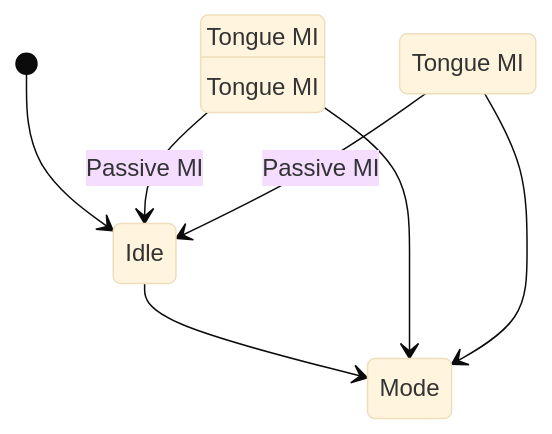
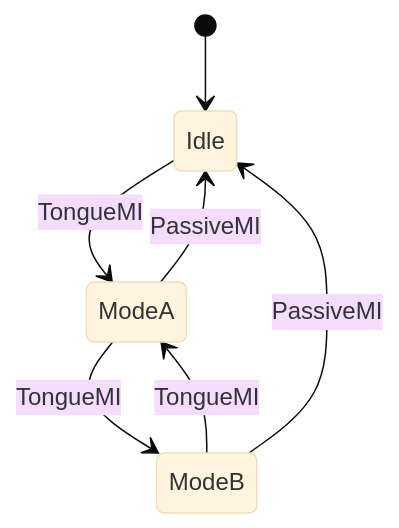
Before and after one commit to ChawinOph/cv-chawin-ophaswongse: the second of 2 diagrams in content/project/motor_imagery_control_of_robot_arm/index.md, drawn with Mermaid (base theme). The commit also changed other lines of this file and 1 other file, not shown here.

Commit message:
move gui to assets/media

````diff
--- a/content/project/motor_imagery_control_of_robot_arm/index.md
+++ b/content/project/motor_imagery_control_of_robot_arm/index.md
@@ -119,9 +119,9 @@
 ```mermaid
 stateDiagram
 [*] --> Idle
-Idle --> Mode A : Tongue MI
-Mode A --> Idle : Passive MI
-Mode A --> Mode B : Tongue MI
-Mode B --> Idle : Passive MI
-Mode B --> Mode A : Tongue MI
+Idle --> ModeA : TongueMI
+ModeA --> Idle : PassiveMI
+ModeA --> ModeB : TongueMI
+ModeB --> Idle : PassiveMI
+ModeB --> ModeA : TongueMI
 ```
````
